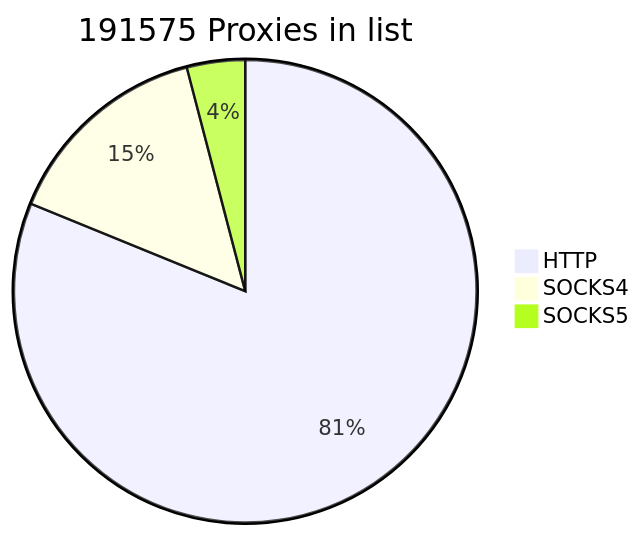
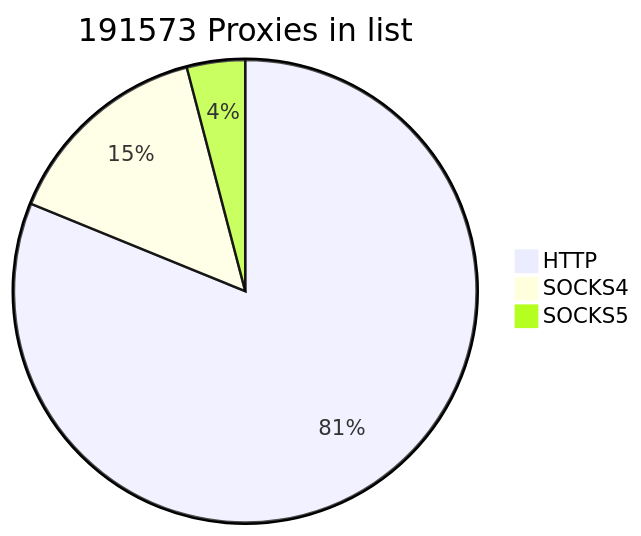
Before and after one commit to cutipu/proxylist: the first of 2 diagrams in README.md, drawn with Mermaid. The commit also changed other lines of this file, not shown here.

````diff
--- a/README.md
+++ b/README.md
@@ -2,7 +2,7 @@
 ```mermaid
-pie title 191575 Proxies in list
-    "HTTP" : 155507
-    "SOCKS4" : 28274
+pie title 191573 Proxies in list
+    "HTTP" : 155506
+    "SOCKS4" : 28273
     "SOCKS5" : 7794
             
 ```
````
